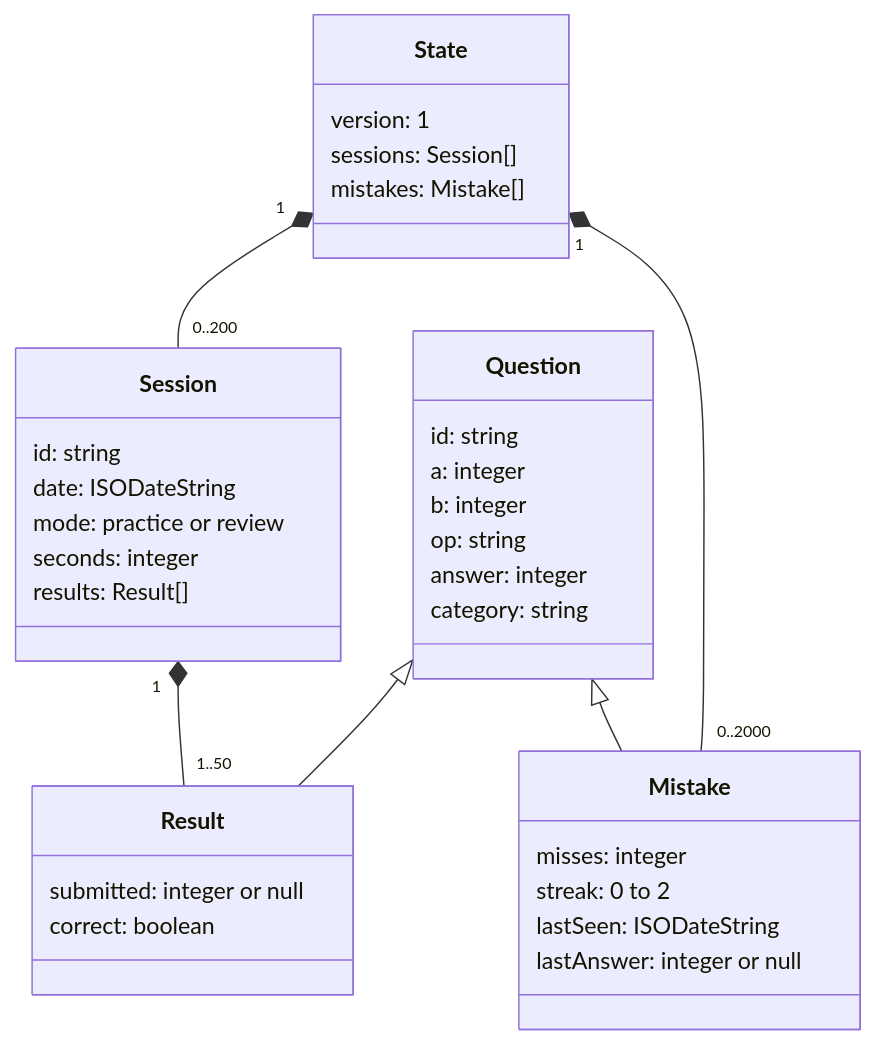
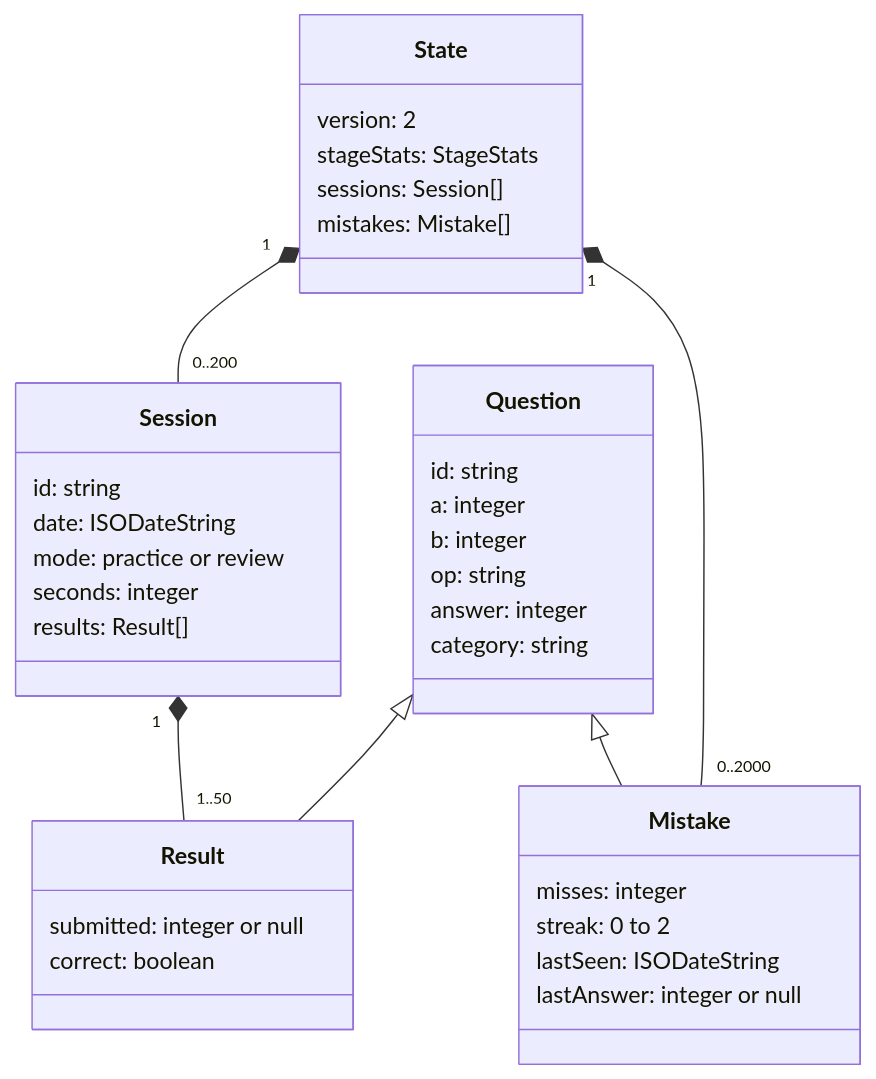
Before and after one commit to Ortunate/SoftwareEngineering_2026: the second of 4 diagrams in savior/docs/design/architecture.md, drawn with Mermaid. The commit also changed other lines of this file and 18 other files, not shown here.

````diff
--- a/savior/docs/design/architecture.md
+++ b/savior/docs/design/architecture.md
@@ -41,38 +42,39 @@
 ```mermaid
 classDiagram
     class State {
-      version: 1
+      version: 2
+      stageStats: StageStats
       sessions: Session[]
       mistakes: Mistake[]
     }
     class Session {
       id: string
       date: ISODateString
       mode: practice or review
       seconds: integer
       results: Result[]
     }
     class Question {
       id: string
       a: integer
       b: integer
       op: string
       answer: integer
       category: string
     }
     class Result {
       submitted: integer or null
       correct: boolean
     }
     class Mistake {
       misses: integer
       streak: 0 to 2
       lastSeen: ISODateString
       lastAnswer: integer or null
     }
     State "1" *-- "0..200" Session
     State "1" *-- "0..2000" Mistake
     Session "1" *-- "1..50" Result
     Question <|-- Result
     Question <|-- Mistake
 ```
````
